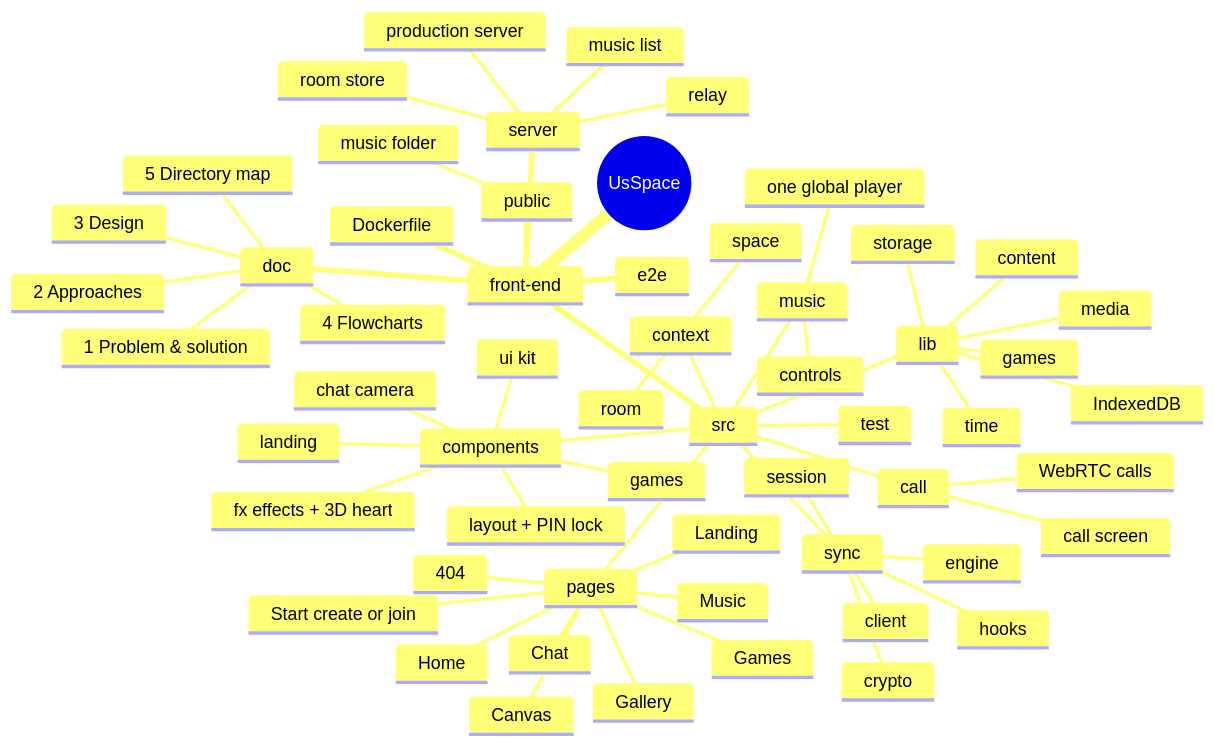
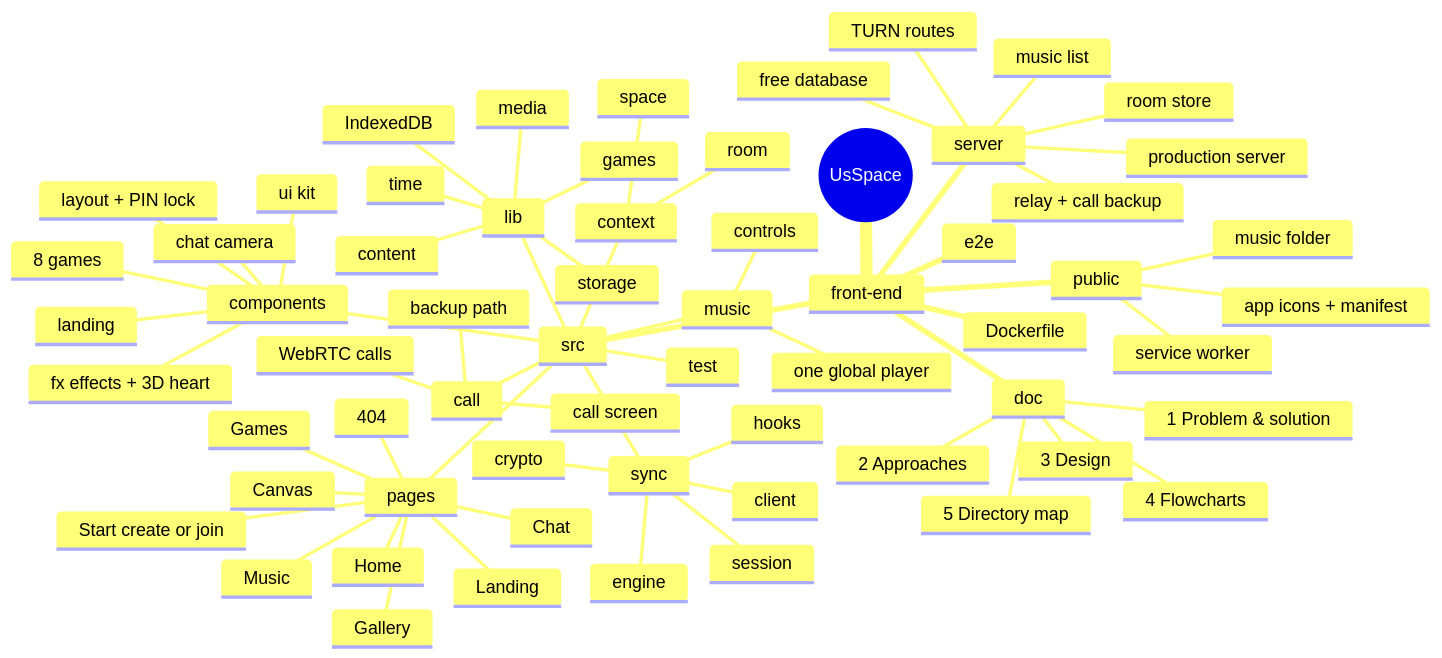
Before and after one commit to silent-coder-dev/private-space: the first of 2 diagrams in front-end/doc/05-directory-map.md, drawn with Mermaid. The commit also changed other lines of this file and 78 other files, not shown here.

````diff
--- a/front-end/doc/05-directory-map.md
+++ b/front-end/doc/05-directory-map.md
@@ -42,61 +42,66 @@
 ```mermaid
 mindmap
   root((UsSpace))
     front-end
       doc
         1 Problem & solution
         2 Approaches
         3 Design
         4 Flowcharts
         5 Directory map
       server
-        relay
+        relay + call backup
         room store
+        TURN routes
+        free database
         music list
         production server
       public
         music folder
+        app icons + manifest
+        service worker
       src
         pages
           Landing
           Start create or join
           Home
           Chat
           Gallery
           Canvas
           Games
           Music
           404
         sync
           crypto
           engine
           client
           hooks
           session
         call
           WebRTC calls
+          backup path
           call screen
         music
           one global player
           controls
         components
           fx effects + 3D heart
           layout + PIN lock
           chat camera
-          games
+          8 games
           landing
           ui kit
         context
           room
           space
         lib
           IndexedDB
           media
           storage
           time
           games
           content
         test
       e2e
       Dockerfile
 ```
````
